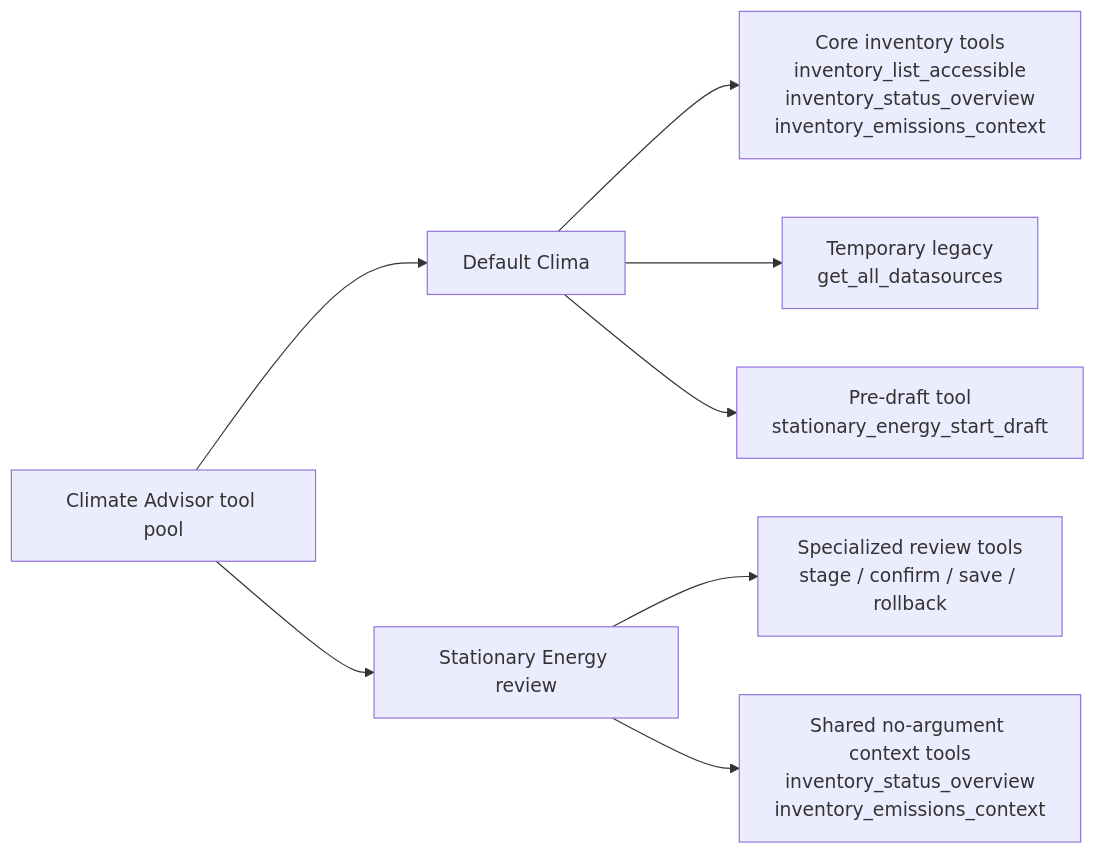
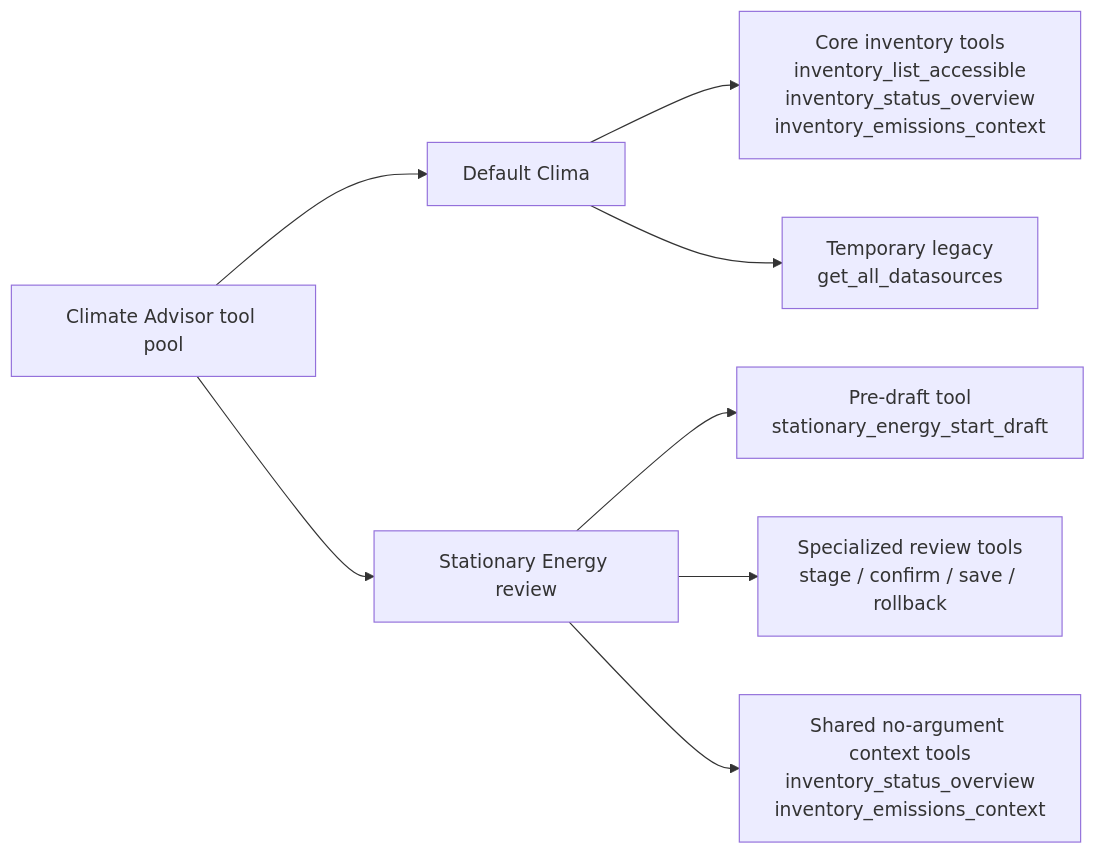
The third of 4 diagrams in climate-advisor/docs/architecture.md (Open-Earth-Foundation/CityCatalyst), drawn with Mermaid before and after one commit. The commit also changed other lines of this file and 11 other files, not shown here.

````diff
--- a/climate-advisor/docs/architecture.md
+++ b/climate-advisor/docs/architecture.md
@@ -150,19 +150,19 @@
 ```mermaid
 flowchart LR
     Pool["Climate Advisor tool pool"]
     Default["Default Clima"]
     Review["Stationary Energy review"]
     Core["Core inventory tools<br/>inventory_list_accessible<br/>inventory_status_overview<br/>inventory_emissions_context"]
     Legacy["Temporary legacy<br/>get_all_datasources"]
     StartDraft["Pre-draft tool<br/>stationary_energy_start_draft"]
     ReviewTools["Specialized review tools<br/>stage / confirm / save / rollback"]
     SharedContext["Shared no-argument context tools<br/>inventory_status_overview<br/>inventory_emissions_context"]
 
     Pool --> Default
     Pool --> Review
     Default --> Core
     Default --> Legacy
-    Default --> StartDraft
+    Review --> StartDraft
     Review --> ReviewTools
     Review --> SharedContext
 ```
````
